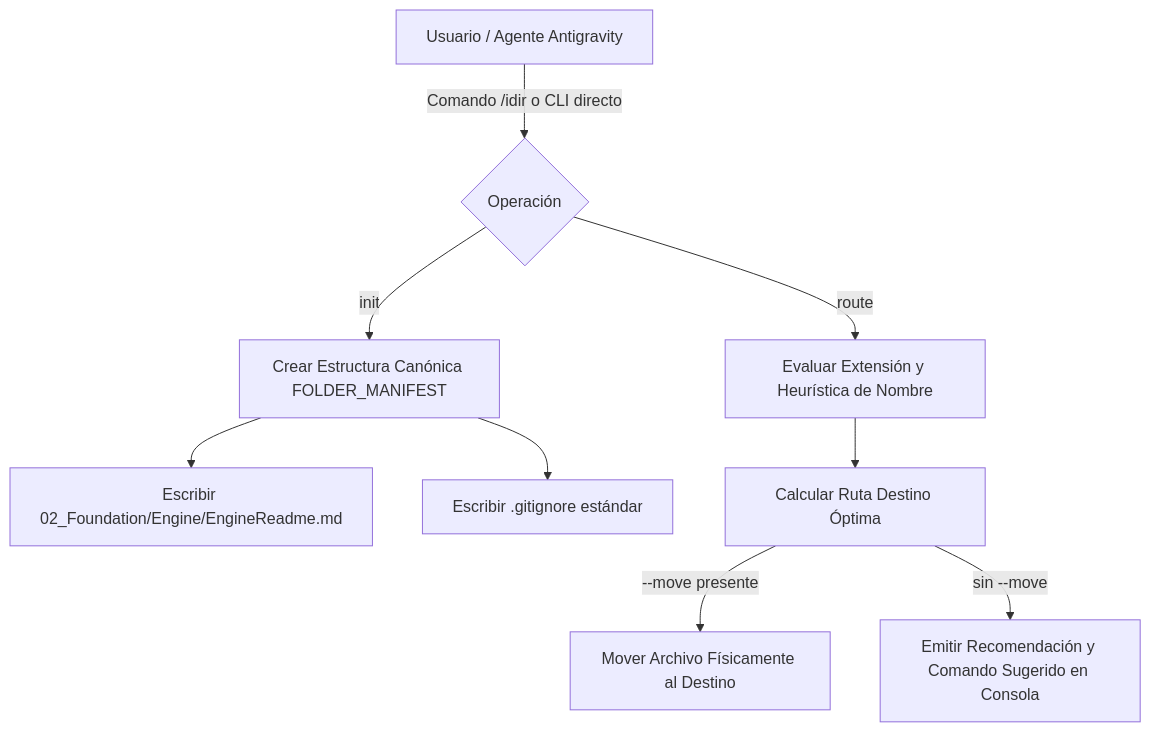
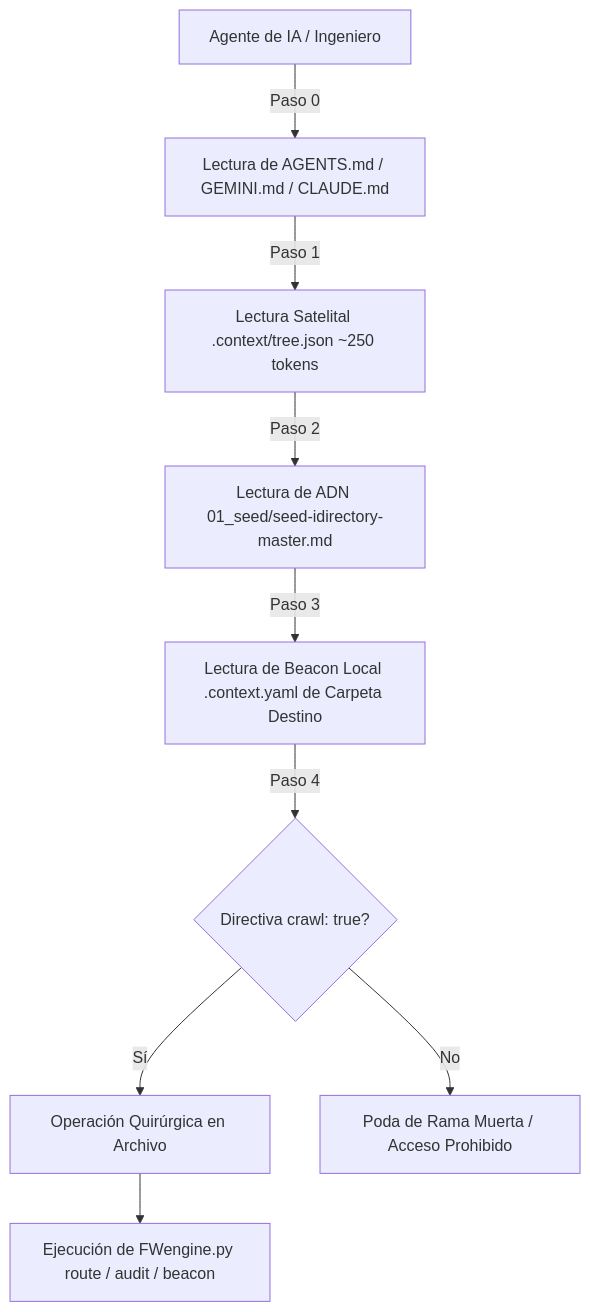
Before and after one commit to AlvaroAlejandroFinOps/iDirectory: the diagram in 01_seed/seed-idirectory-master.md, drawn with Mermaid. The commit also changed other lines of this file and 5 other files, not shown here.

Commit message:
chore: add MIT license, update architecture manifests and sync documentation with v3.0 topology

````diff
--- a/01_seed/seed-idirectory-master.md
+++ b/01_seed/seed-idirectory-master.md
@@ -142,11 +146,11 @@
 ```mermaid
 graph TD
-    A[Usuario / Agente Antigravity] -->|Comando /idir o CLI directo| B{Operación}
-    B -->|init| C[Crear Estructura Canónica FOLDER_MANIFEST]
-    C --> D[Escribir 02_Foundation/Engine/EngineReadme.md]
-    C --> E[Escribir .gitignore estándar]
-    B -->|route <archivo>| F[Evaluar Extensión y Heurística de Nombre]
-    F --> G[Calcular Ruta Destino Óptima]
-    G -->|--move presente| H[Mover Archivo Físicamente al Destino]
-    G -->|sin --move| I[Emitir Recomendación y Comando Sugerido en Consola]
+    A[Agente de IA / Ingeniero] -->|Paso 0| B[Lectura de AGENTS.md / GEMINI.md / CLAUDE.md]
+    B -->|Paso 1| C[Lectura Satelital .context/tree.json ~250 tokens]
+    C -->|Paso 2| D[Lectura de ADN 01_seed/seed-idirectory-master.md]
+    D -->|Paso 3| E[Lectura de Beacon Local .context.yaml de Carpeta Destino]
+    E -->|Paso 4| F{Directiva crawl: true?}
+    F -->|Sí| G[Operación Quirúrgica en Archivo]
+    F -->|No| H[Poda de Rama Muerta / Acceso Prohibido]
+    G --> I[Ejecución de FWengine.py route / audit / beacon]
 ```
````
